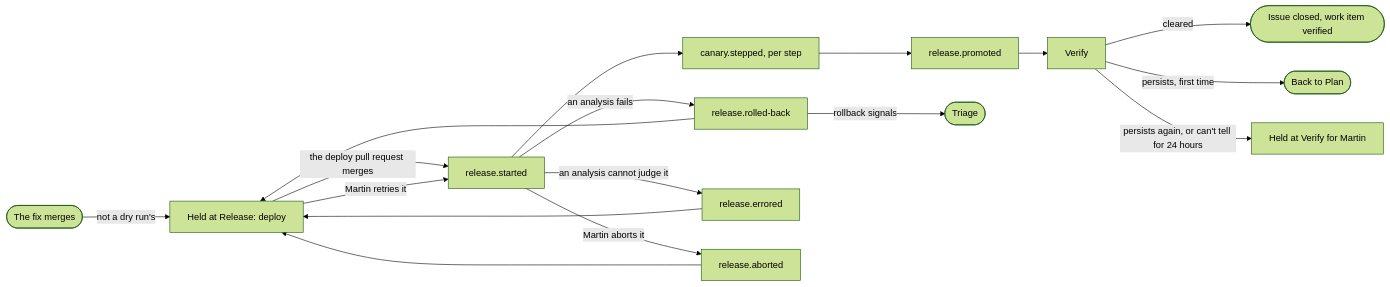
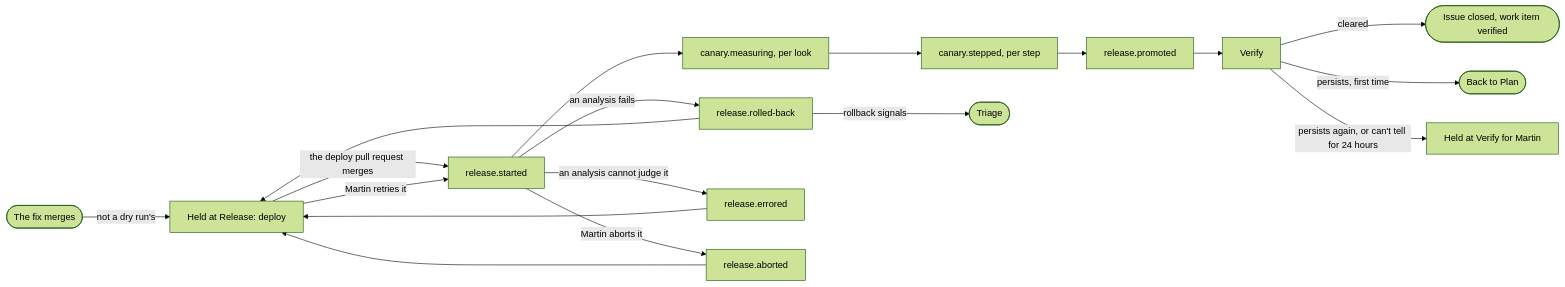
The diagram in docs/COMPONENTS/RELEASE-AND-VERIFY.md (mrogan/cv-software-factory), drawn with Mermaid (forest theme) before and after one commit. The commit also changed other lines of this file and 24 other files, not shown here.

````diff
--- a/docs/COMPONENTS/RELEASE-AND-VERIFY.md
+++ b/docs/COMPONENTS/RELEASE-AND-VERIFY.md
@@ -9,19 +9,20 @@
 ```mermaid
 flowchart LR
   merged([The fix merges]) -- "not a dry run's" --> held[Held at Release: deploy]
   held -- the deploy pull request merges --> started[release.started]
-  started --> stepped[canary.stepped, per step]
+  started --> measuring[canary.measuring, per look]
+  measuring --> stepped[canary.stepped, per step]
   stepped --> promoted[release.promoted]
   started -- "an analysis fails" --> rolledback[release.rolled-back]
   started -- "an analysis cannot judge it" --> errored[release.errored]
   started -- "Martin aborts it" --> aborted[release.aborted]
   rolledback -- rollback signals --> triage([Triage])
   rolledback --> held
   errored --> held
   aborted --> held
   held -- "Martin retries it" --> started
   promoted --> verify[Verify]
   verify -- cleared --> closed([Issue closed, work item verified])
   verify -- persists, first time --> plan([Back to Plan])
   verify -- "persists again, or can't tell for 24 hours" --> hold[Held at Verify for Martin]
 ```
````
